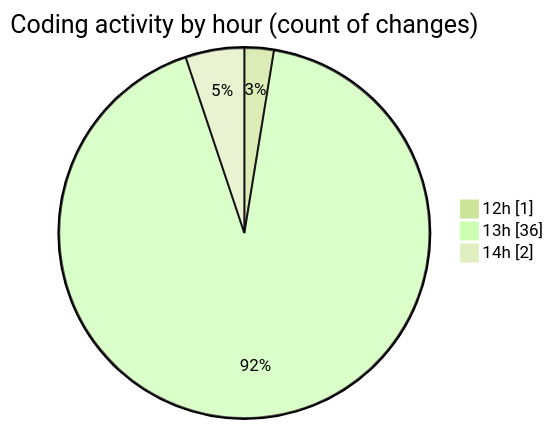
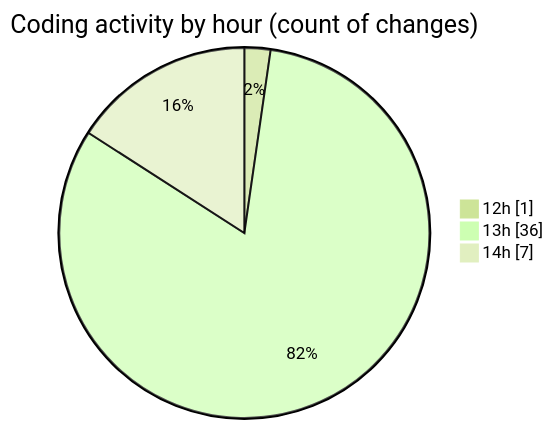
One commit to momahboobian/code-tracking changed the second of 2 diagrams in 2026-02-03/cda/README.md. Above: the diagram before and after it, drawn with Mermaid (forest theme). The commit also changed other lines of this file and 1 other file, not shown here.

````diff
--- a/2026-02-03/cda/README.md
+++ b/2026-02-03/cda/README.md
@@ -38,7 +38,7 @@
 ```mermaid
 pie showData
 title Coding activity by hour (count of changes)
 "12h" : 1
 "13h" : 36
-"14h" : 2
+"14h" : 7
 ```
````
